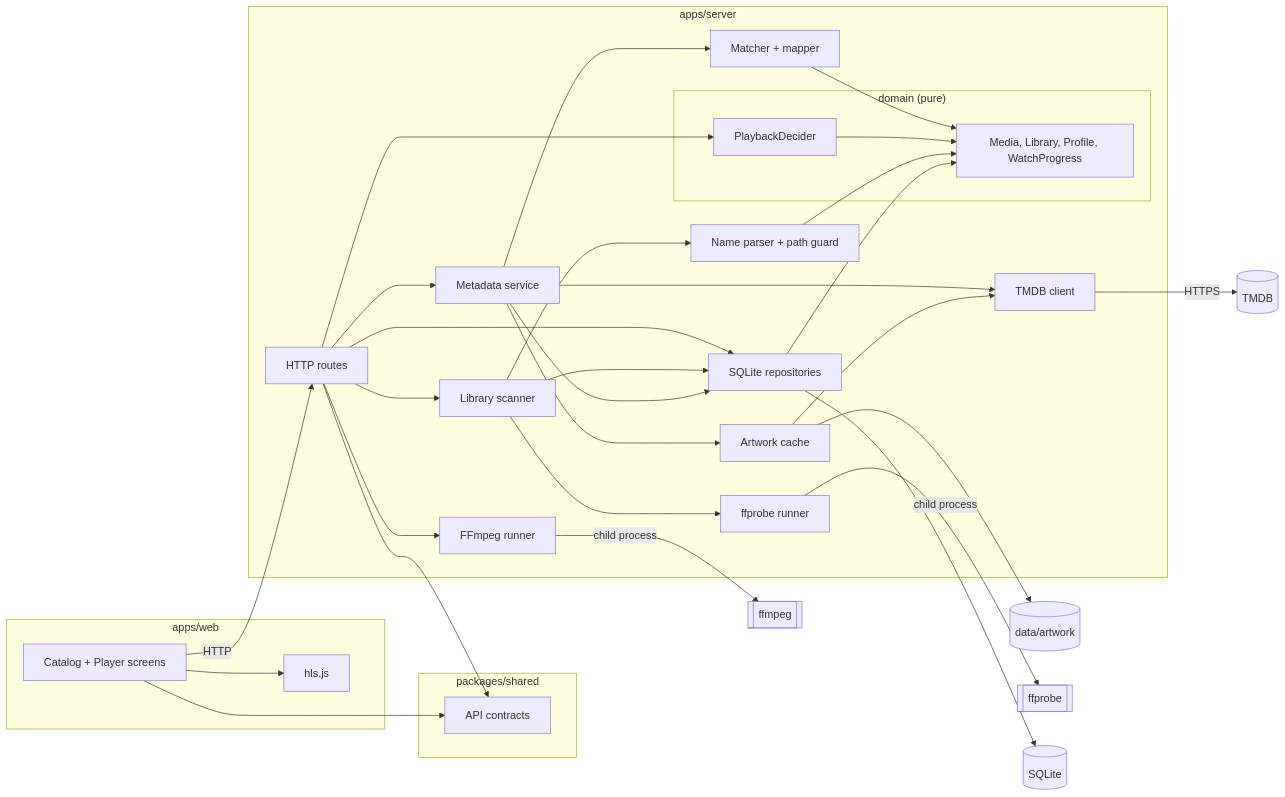
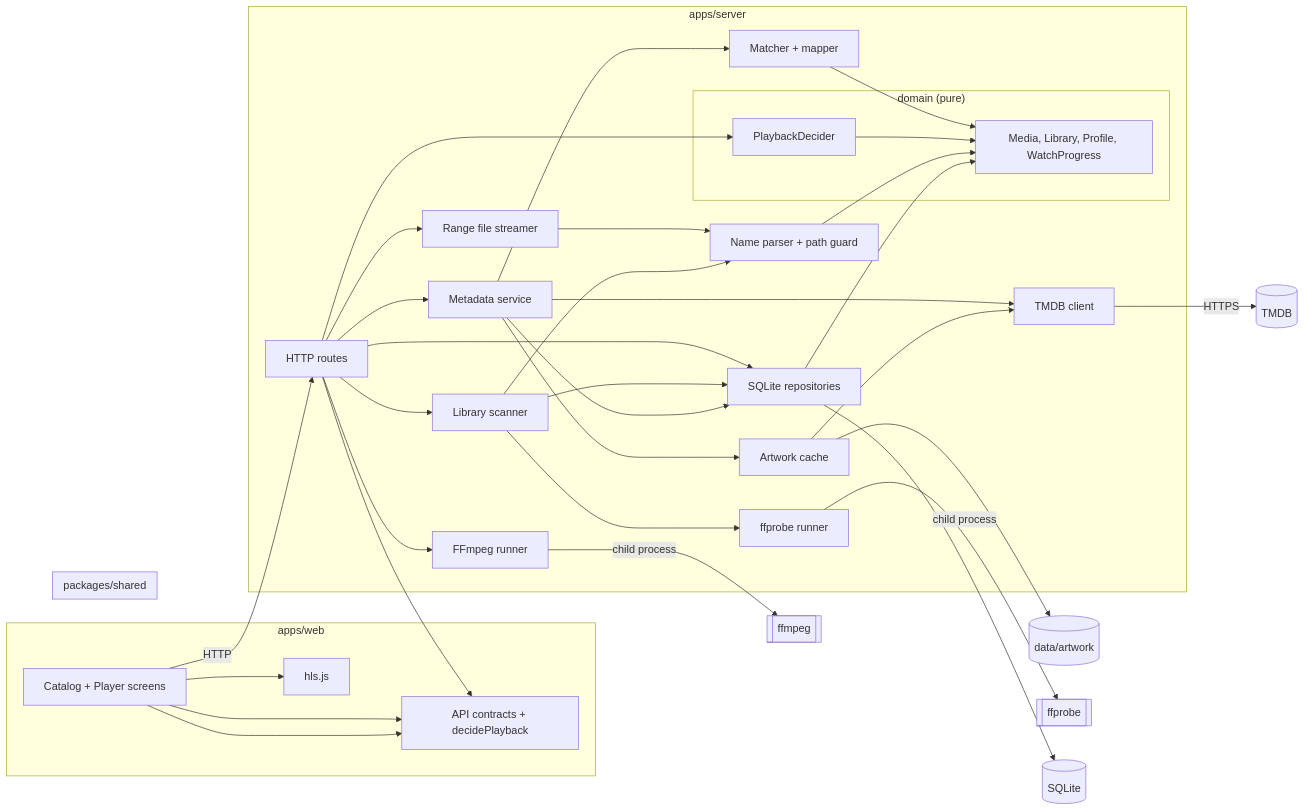
Before and after one commit to benoit-bremaud/popcorno: the diagram in docs/architecture/diagrams/playback/03-component.md, drawn with Mermaid. The commit also changed 34 other files, not shown here.

First line of the commit message:
feat(playback): direct play through HTTP Range (#22)

````diff
--- a/docs/architecture/diagrams/playback/03-component.md
+++ b/docs/architecture/diagrams/playback/03-component.md
@@ -13,52 +13,56 @@
 ```mermaid
 flowchart LR
   subgraph Web ["apps/web"]
     UI[Catalog + Player screens]
+    UI --> Contracts
     HLS[hls.js]
     UI --> HLS
   end
   subgraph Shared ["packages/shared"]
-    Contracts[API contracts]
+    Contracts[API contracts + decidePlayback]
   end
   subgraph Server ["apps/server"]
     Routes[HTTP routes]
     subgraph Domain ["domain (pure)"]
       Decider[PlaybackDecider]
       Entities[Media, Library, Profile, WatchProgress]
     end
     Scan[Library scanner]
     Parser[Name parser + path guard]
     MetaSvc[Metadata service]
     Match[Matcher + mapper]
     Meta[TMDB client]
     Art[Artwork cache]
     Trans[FFmpeg runner]
     Probe[ffprobe runner]
     Repo[SQLite repositories]
+    Stream[Range file streamer]
+    Routes --> Stream
+    Stream --> Parser
     Routes --> Decider
     Routes --> Repo
     Routes --> Trans
     Routes --> Scan
     Scan --> Parser
     Scan --> Probe
     Scan --> Repo
     Routes --> MetaSvc
     MetaSvc --> Match
     MetaSvc --> Meta
     MetaSvc --> Art
     MetaSvc --> Repo
     Art --> Meta
     Match --> Entities
     Decider --> Entities
     Parser --> Entities
     Repo --> Entities
   end
   UI --> Contracts
   Routes --> Contracts
   UI -->|"HTTP"| Routes
   Meta -->|"HTTPS"| TMDB[("TMDB")]
   Art --> Disk[("data/artwork")]
   Trans -->|"child process"| FFmpeg[["ffmpeg"]]
   Probe -->|"child process"| FFprobe[["ffprobe"]]
   Repo --> DB[("SQLite")]
 ```
````
